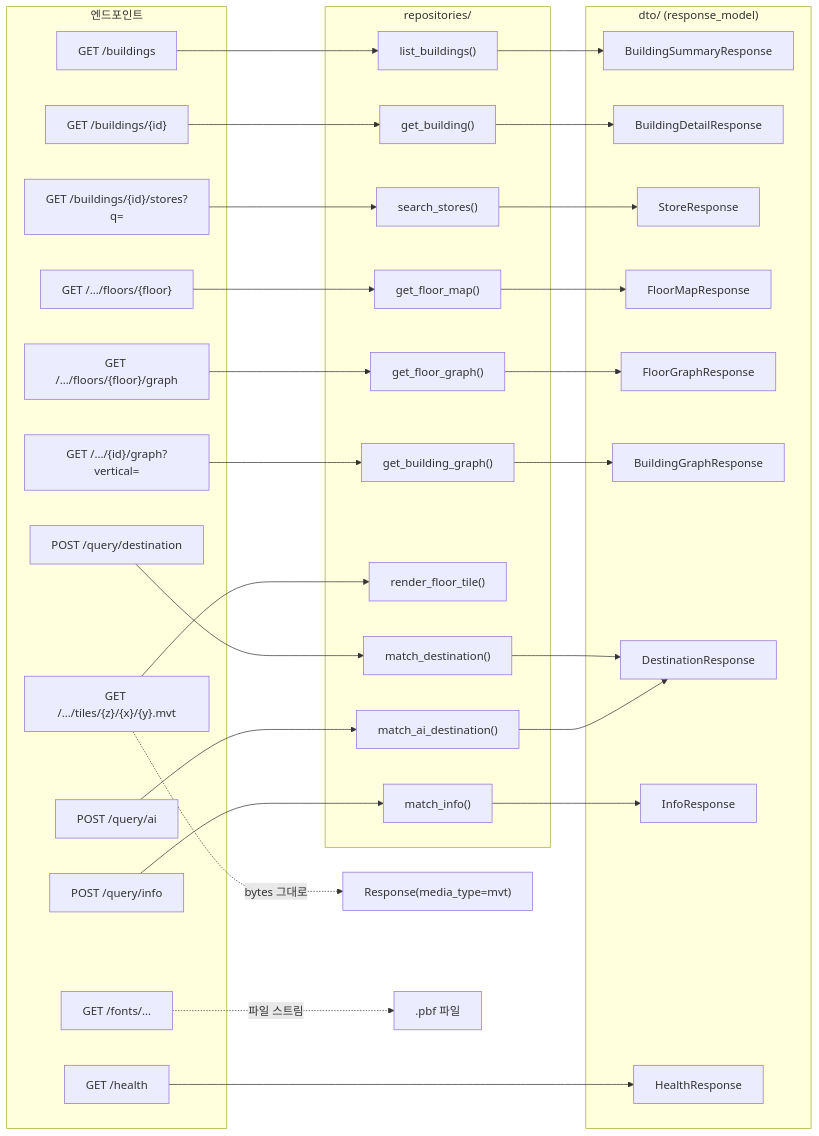
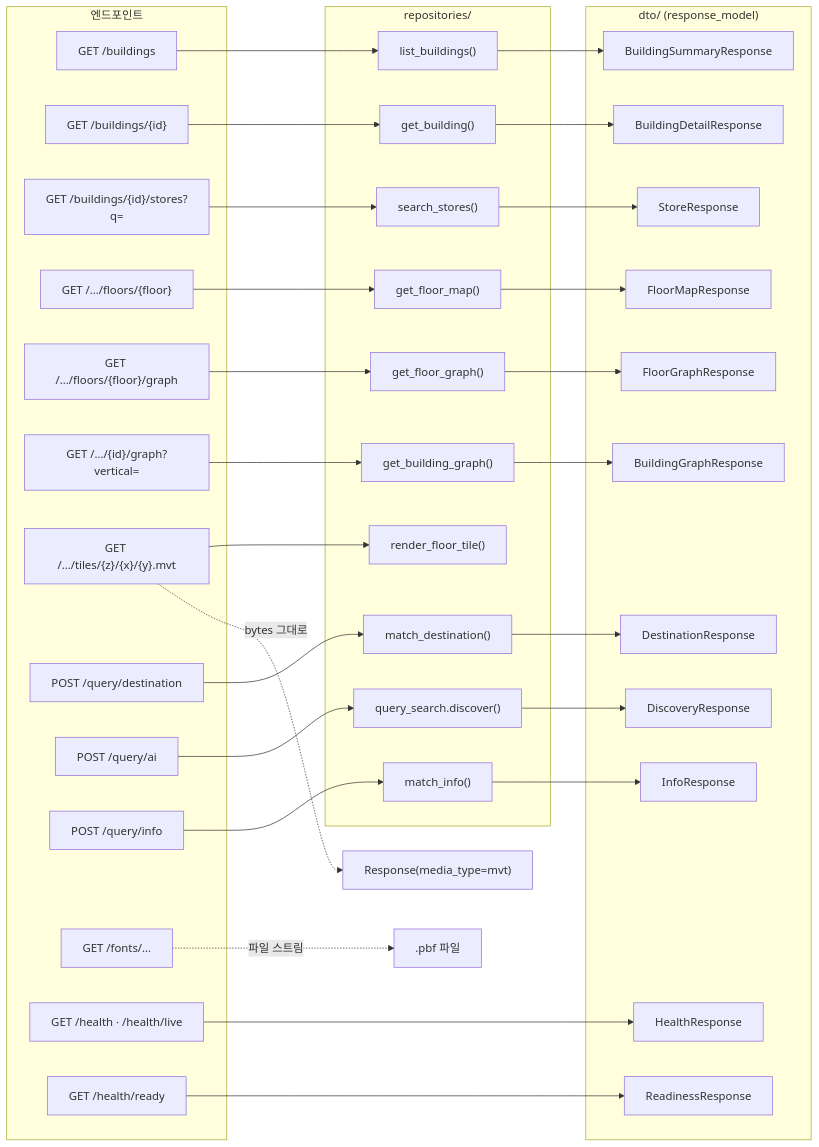
Before and after one commit to Routex-labs/Navigation: the diagram in backend/app/routers/README.md, drawn with Mermaid. The commit also changed other lines of this file and 22 other files, not shown here.

````diff
--- a/backend/app/routers/README.md
+++ b/backend/app/routers/README.md
@@ -28,57 +28,61 @@
 ```mermaid
 flowchart LR
     subgraph EP["엔드포인트"]
         e1["GET /buildings"]
         e2["GET /buildings/{id}"]
         e3["GET /buildings/{id}/stores?q="]
         e4["GET /…/floors/{floor}"]
         e5["GET /…/floors/{floor}/graph"]
         e5b["GET /…/{id}/graph?vertical="]
         e6["GET /…/tiles/{z}/{x}/{y}.mvt"]
         e7["POST /query/destination"]
         e8["POST /query/ai"]
         e9["POST /query/info"]
         e10["GET /fonts/…"]
-        e11["GET /health"]
+        e11["GET /health · /health/live"]
+        e11b["GET /health/ready"]
     end
 
     subgraph RP["repositories/"]
         f1["list_buildings()"]
         f2["get_building()"]
         f3["search_stores()"]
         f4["get_floor_map()"]
         f5["get_floor_graph()"]
         f5b["get_building_graph()"]
         f6["render_floor_tile()"]
         f7["match_destination()"]
-        f8["match_ai_destination()"]
+        f8["query_search.discover()"]
         f9["match_info()"]
     end
 
     subgraph DT["dto/ (response_model)"]
         d1["BuildingSummaryResponse"]
         d2["BuildingDetailResponse"]
         d3["StoreResponse"]
         d4["FloorMapResponse"]
         d5["FloorGraphResponse"]
         d5b["BuildingGraphResponse"]
         d6["DestinationResponse"]
         d7["InfoResponse"]
         d8["HealthResponse"]
+        d9["DiscoveryResponse"]
+        d10["ReadinessResponse"]
     end
 
     e1 --> f1 --> d1
     e2 --> f2 --> d2
     e3 --> f3 --> d3
     e4 --> f4 --> d4
     e5 --> f5 --> d5
     e5b --> f5b --> d5b
     e6 --> f6
     e7 --> f7 --> d6
-    e8 --> f8 --> d6
+    e8 --> f8 --> d9
     e9 --> f9 --> d7
     e11 --> d8
+    e11b --> d10
 
     e6 -. "bytes 그대로" .-> mvt["Response(media_type=mvt)"]
     e10 -. "파일 스트림" .-> pbf[".pbf 파일"]
 ```
````
